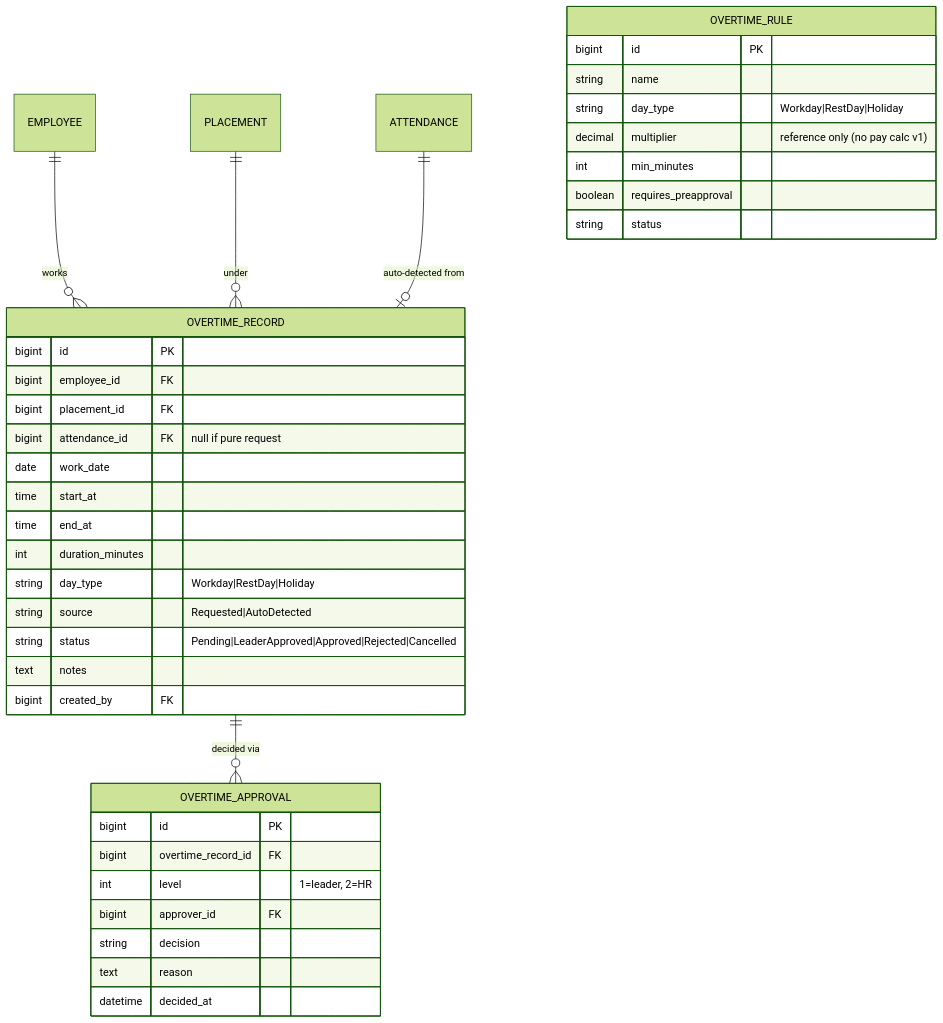
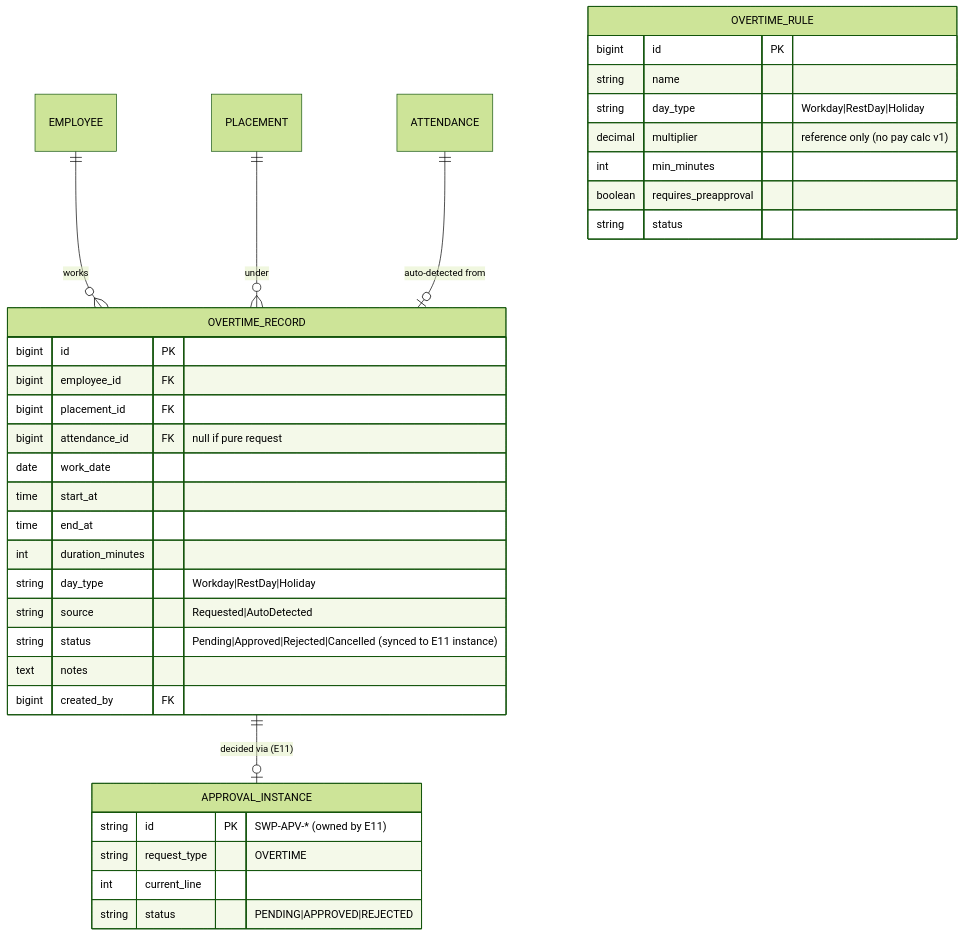
One commit to hariszaki17/hris-outsource changed the first of 5 diagrams in docs/epics/E7-overtime/FEATURE.md. Above: the diagram before and after it, drawn with Mermaid (forest theme). The commit also changed other lines of this file and 227 other files, not shown here.

````diff
--- a/docs/epics/E7-overtime/FEATURE.md
+++ b/docs/epics/E7-overtime/FEATURE.md
@@ -28,41 +28,38 @@
 ```mermaid
 erDiagram
     EMPLOYEE ||--o{ OVERTIME_RECORD : "works"
     PLACEMENT ||--o{ OVERTIME_RECORD : "under"
     ATTENDANCE ||--o| OVERTIME_RECORD : "auto-detected from"
-    OVERTIME_RECORD ||--o{ OVERTIME_APPROVAL : "decided via"
+    OVERTIME_RECORD ||--o| APPROVAL_INSTANCE : "decided via (E11)"
 
     OVERTIME_RULE {
         bigint id PK
         string name
         string day_type "Workday|RestDay|Holiday"
         decimal multiplier "reference only (no pay calc v1)"
         int min_minutes
         boolean requires_preapproval
         string status
     }
     OVERTIME_RECORD {
         bigint id PK
         bigint employee_id FK
         bigint placement_id FK
         bigint attendance_id FK "null if pure request"
         date work_date
         time start_at
         time end_at
         int duration_minutes
         string day_type "Workday|RestDay|Holiday"
         string source "Requested|AutoDetected"
-        string status "Pending|LeaderApproved|Approved|Rejected|Cancelled"
+        string status "Pending|Approved|Rejected|Cancelled (synced to E11 instance)"
         text notes
         bigint created_by FK
     }
-    OVERTIME_APPROVAL {
-        bigint id PK
-        bigint overtime_record_id FK
-        int level "1=leader, 2=HR"
-        bigint approver_id FK
-        string decision
-        text reason
-        datetime decided_at
+    APPROVAL_INSTANCE {
+        string id PK "SWP-APV-* (owned by E11)"
+        string request_type "OVERTIME"
+        int current_line
+        string status "PENDING|APPROVED|REJECTED"
     }
 ```
````
